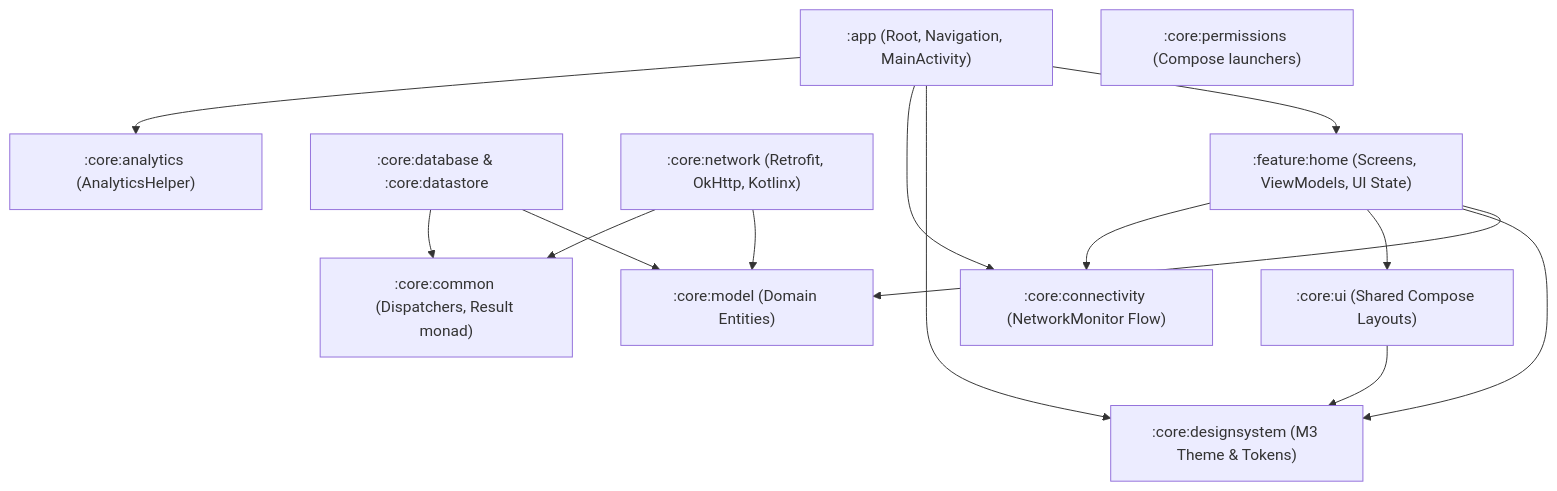
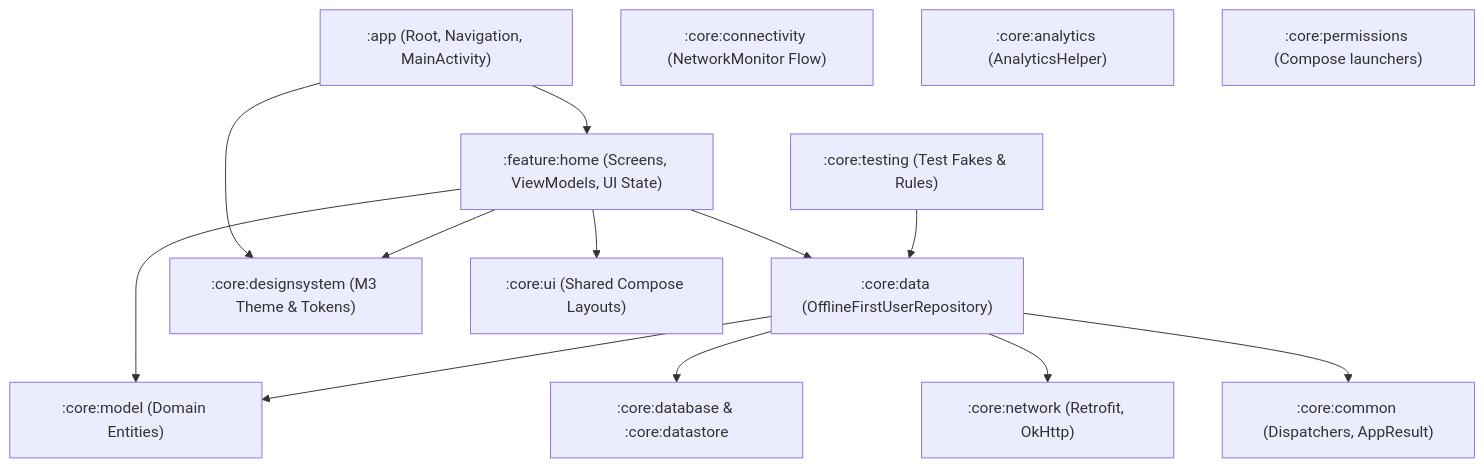
One commit to Andrer757/Kickoff-V2 changed the first of 2 diagrams in README.md. Above: the diagram before and after it, drawn with Mermaid. The commit also changed other lines of this file and 182 other files, not shown here.

````diff
--- a/README.md
+++ b/README.md
@@ -149,30 +177,28 @@
 ```mermaid
 graph TD
     App[":app (Root, Navigation, MainActivity)"]
     FeatureHome[":feature:home (Screens, ViewModels, UI State)"]
-    CoreData[":core:database & :core:datastore"]
-    CoreNetwork[":core:network (Retrofit, OkHttp, Kotlinx)"]
-    CoreCommon[":core:common (Dispatchers, Result monad)"]
+    CoreData[":core:data (OfflineFirstUserRepository)"]
+    CoreTesting[":core:testing (Test Fakes & Rules)"]
+    CoreStorage[":core:database & :core:datastore"]
+    CoreNetwork[":core:network (Retrofit, OkHttp)"]
+    CoreCommon[":core:common (Dispatchers, AppResult)"]
     CoreConnectivity[":core:connectivity (NetworkMonitor Flow)"]
     CoreAnalytics[":core:analytics (AnalyticsHelper)"]
     CorePermissions[":core:permissions (Compose launchers)"]
     CoreDesignSystem[":core:designsystem (M3 Theme & Tokens)"]
     CoreUI[":core:ui (Shared Compose Layouts)"]
     CoreModel[":core:model (Domain Entities)"]
 
     App --> FeatureHome
     App --> CoreDesignSystem
-    App --> CoreConnectivity
-    App --> CoreAnalytics
-
     FeatureHome --> CoreModel
+    FeatureHome --> CoreData
     FeatureHome --> CoreDesignSystem
     FeatureHome --> CoreUI
-    FeatureHome --> CoreConnectivity
-
     CoreData --> CoreModel
+    CoreData --> CoreStorage
+    CoreData --> CoreNetwork
     CoreData --> CoreCommon
-    CoreNetwork --> CoreModel
-    CoreNetwork --> CoreCommon
-    CoreUI --> CoreDesignSystem
+    CoreTesting --> CoreData
 ```
````
